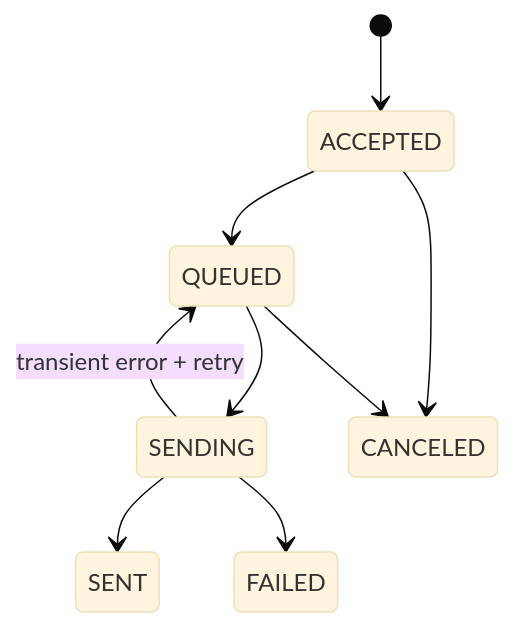
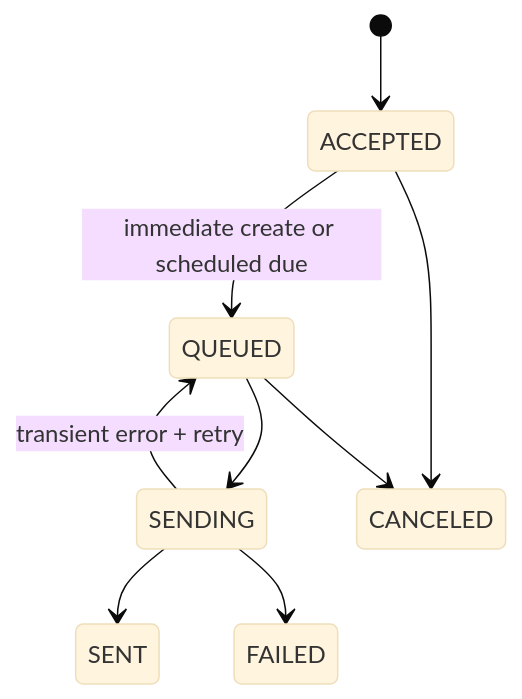
One commit to kursadbilgin/dispatch-engine changed the third of 3 diagrams in docs/ARCHITECTURE.md. Above: the diagram before and after it, drawn with Mermaid (base theme). The commit also changed other lines of this file and 22 other files, not shown here.

````diff
--- a/docs/ARCHITECTURE.md
+++ b/docs/ARCHITECTURE.md
@@ -109,11 +112,11 @@
 ```mermaid
 stateDiagram-v2
   [*] --> ACCEPTED
-  ACCEPTED --> QUEUED
+  ACCEPTED --> QUEUED: immediate create or scheduled due
   QUEUED --> SENDING
   SENDING --> SENT
   SENDING --> FAILED
   ACCEPTED --> CANCELED
   QUEUED --> CANCELED
   SENDING --> QUEUED: transient error + retry
 ```
````
